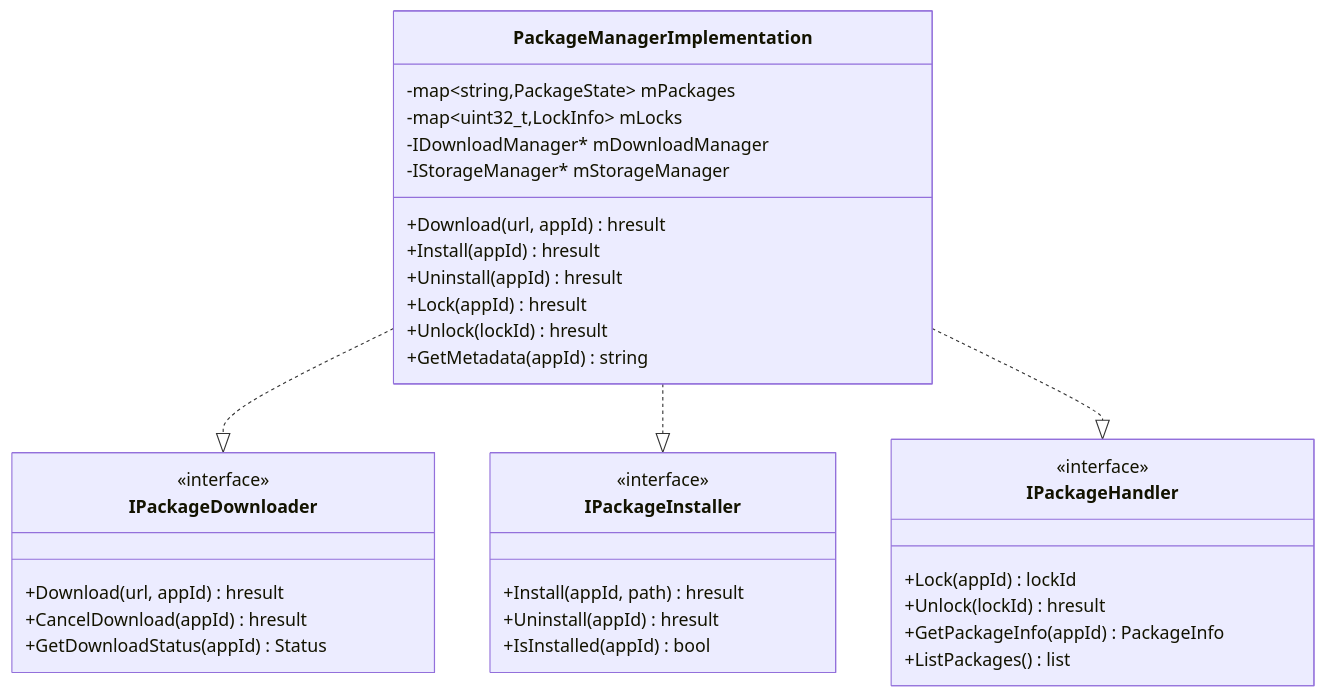
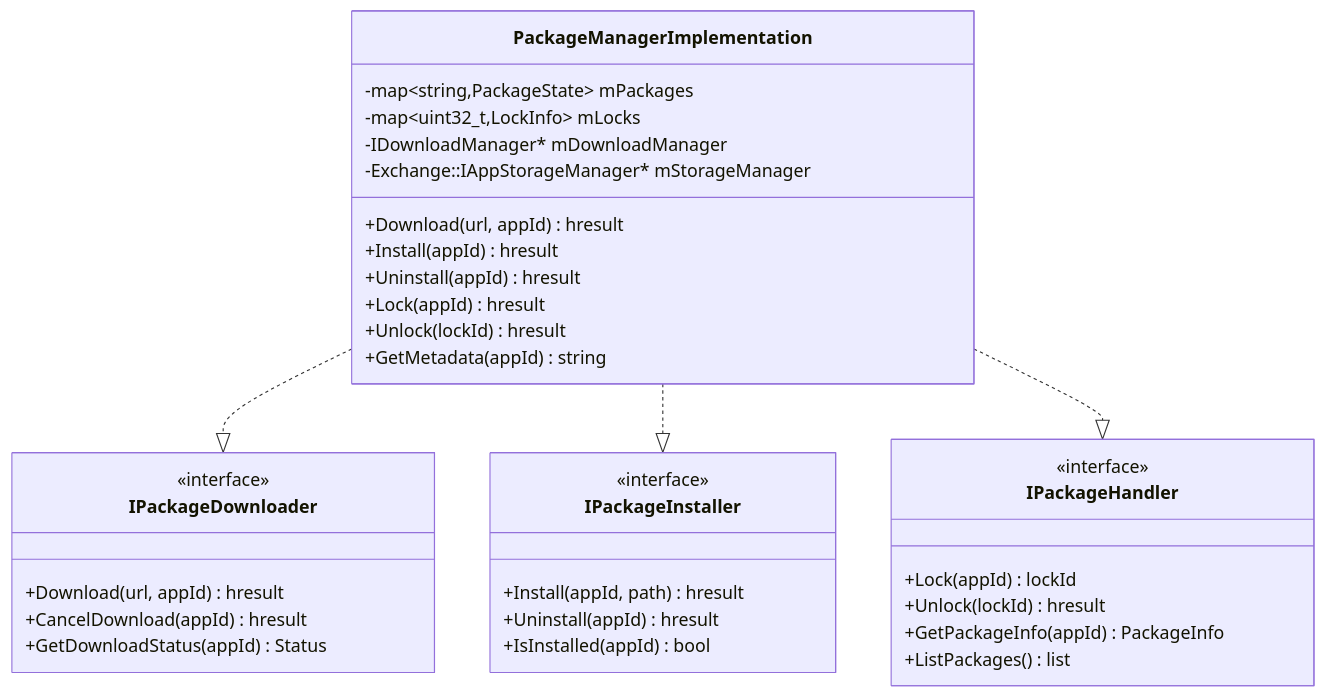
One commit to rdkcentral/entservices-appmanagers changed the second of 5 diagrams in PackageManager/PackageManager.md. Above: the diagram before and after it, drawn with Mermaid. The commit also changed other lines of this file, not shown here.

````diff
--- a/PackageManager/PackageManager.md
+++ b/PackageManager/PackageManager.md
@@ -62,41 +62,41 @@
 ```mermaid
 classDiagram
     class PackageManagerImplementation {
         -map~string,PackageState~ mPackages
         -map~uint32_t,LockInfo~ mLocks
         -IDownloadManager* mDownloadManager
-        -IStorageManager* mStorageManager
+        -Exchange::IAppStorageManager* mStorageManager
         +Download(url, appId) hresult
         +Install(appId) hresult
         +Uninstall(appId) hresult
         +Lock(appId) hresult
         +Unlock(lockId) hresult
         +GetMetadata(appId) string
     }
 
     class IPackageDownloader {
         <<interface>>
         +Download(url, appId) hresult
         +CancelDownload(appId) hresult
         +GetDownloadStatus(appId) Status
     }
 
     class IPackageInstaller {
         <<interface>>
         +Install(appId, path) hresult
         +Uninstall(appId) hresult
         +IsInstalled(appId) bool
     }
 
     class IPackageHandler {
         <<interface>>
         +Lock(appId) lockId
         +Unlock(lockId) hresult
         +GetPackageInfo(appId) PackageInfo
         +ListPackages() list
     }
 
     PackageManagerImplementation ..|> IPackageDownloader
     PackageManagerImplementation ..|> IPackageInstaller
     PackageManagerImplementation ..|> IPackageHandler
 ```
````
